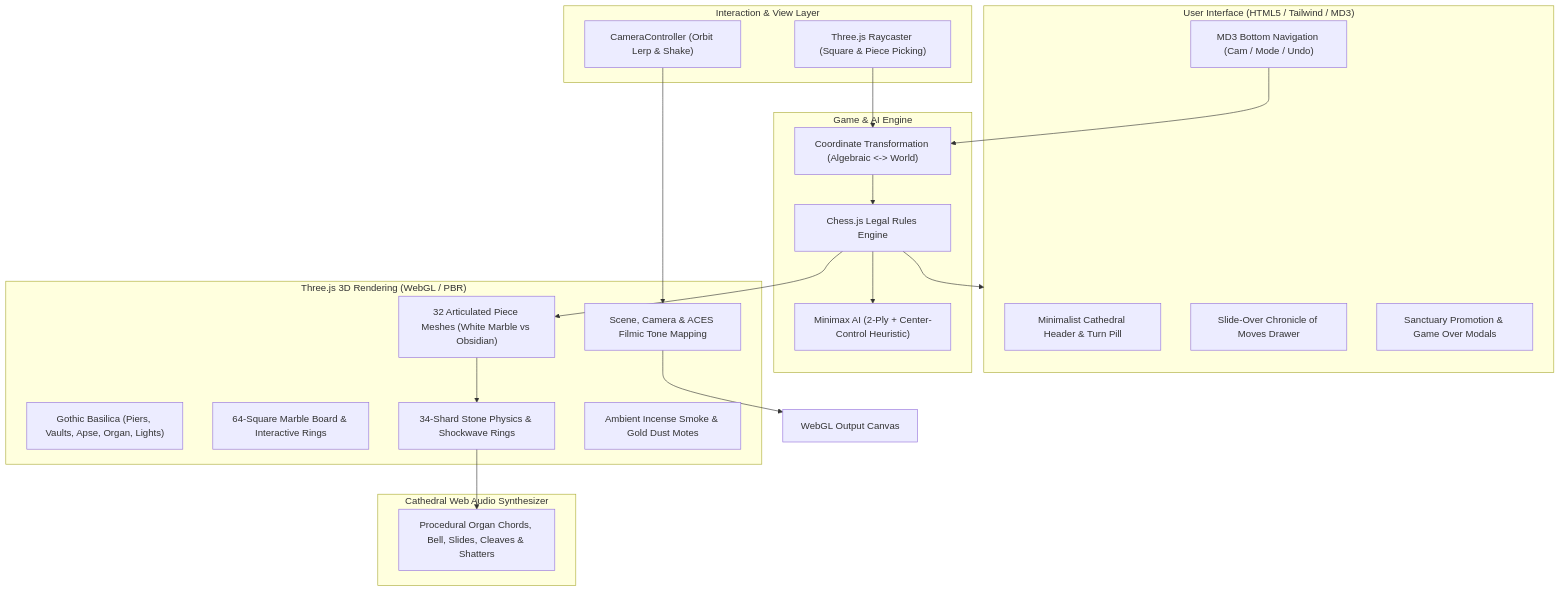
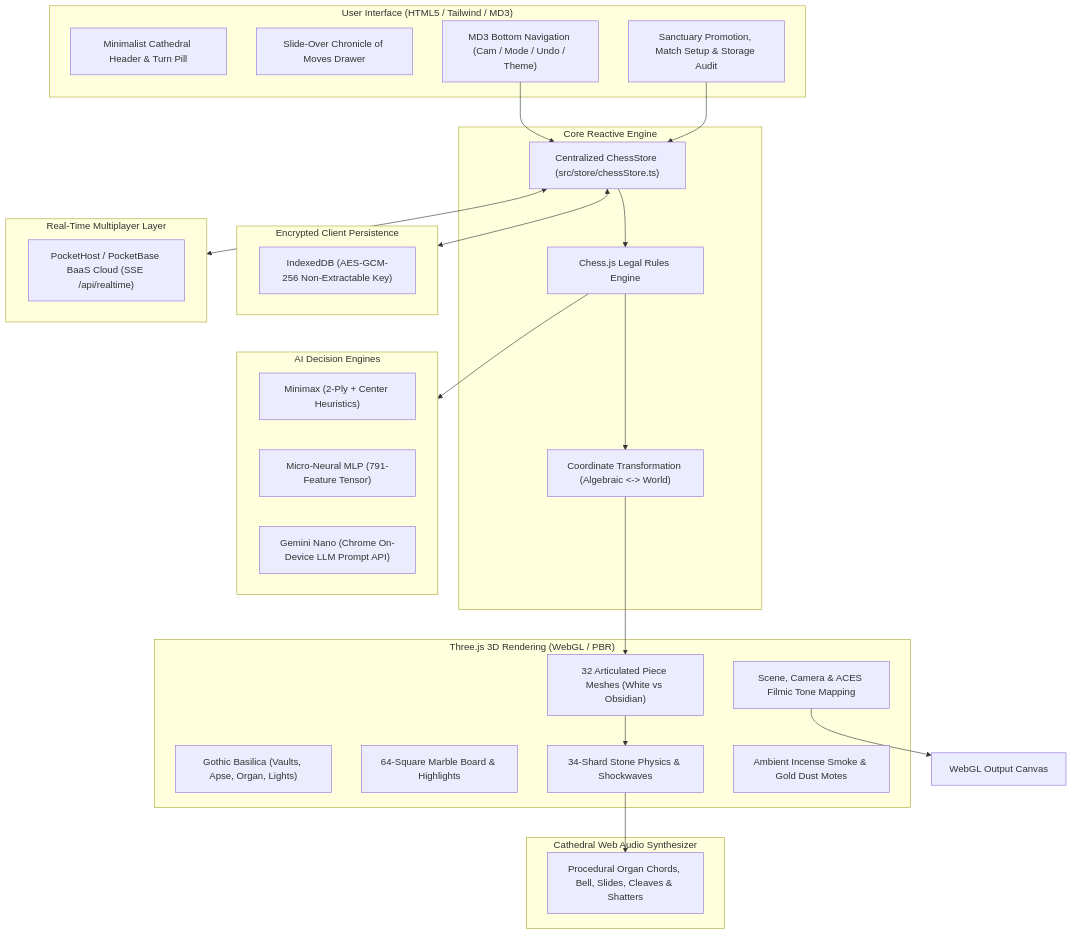
Before and after one commit to brentmzey/web-chess: the diagram in README.md, drawn with Mermaid. The commit also changed other lines of this file and 6 other files, not shown here.

````diff
--- a/README.md
+++ b/README.md
@@ -17,44 +32,54 @@
 ```mermaid
 flowchart TD
     subgraph UI ["User Interface (HTML5 / Tailwind / MD3)"]
         HUD["Minimalist Cathedral Header & Turn Pill"]
         Chronicle["Slide-Over Chronicle of Moves Drawer"]
-        Modals["Sanctuary Promotion & Game Over Modals"]
-        Controls["MD3 Bottom Navigation (Cam / Mode / Undo)"]
+        Modals["Sanctuary Promotion, Match Setup & Storage Audit"]
+        Controls["MD3 Bottom Navigation (Cam / Mode / Undo / Theme)"]
     end
 
-    subgraph Interaction ["Interaction & View Layer"]
-        Raycaster["Three.js Raycaster (Square & Piece Picking)"]
-        CamCtrl["CameraController (Orbit Lerp & Shake)"]
+    subgraph Core ["Core Reactive Engine"]
+        Store["Centralized ChessStore (src/store/chessStore.ts)"]
+        Rules["Chess.js Legal Rules Engine"]
+        Coords["Coordinate Transformation (Algebraic <-> World)"]
     end
 
-    subgraph Core ["Game & AI Engine"]
-        Rules["Chess.js Legal Rules Engine"]
-        AI["Minimax AI (2-Ply + Center-Control Heuristic)"]
-        Coords["Coordinate Transformation (Algebraic <-> World)"]
+    subgraph AI ["AI Decision Engines"]
+        Minimax["Minimax (2-Ply + Center Heuristics)"]
+        Neural["Micro-Neural MLP (791-Feature Tensor)"]
+        Nano["Gemini Nano (Chrome On-Device LLM Prompt API)"]
     end
 
     subgraph Graphics ["Three.js 3D Rendering (WebGL / PBR)"]
         SceneMgr["Scene, Camera & ACES Filmic Tone Mapping"]
-        Cathedral["Gothic Basilica (Piers, Vaults, Apse, Organ, Lights)"]
-        Board["64-Square Marble Board & Interactive Rings"]
-        Pieces["32 Articulated Piece Meshes (White Marble vs Obsidian)"]
-        Shatter["34-Shard Stone Physics & Shockwave Rings"]
+        Cathedral["Gothic Basilica (Vaults, Apse, Organ, Lights)"]
+        Board["64-Square Marble Board & Highlights"]
+        Pieces["32 Articulated Piece Meshes (White vs Obsidian)"]
+        Shatter["34-Shard Stone Physics & Shockwaves"]
         Dust["Ambient Incense Smoke & Gold Dust Motes"]
     end
 
     subgraph Audio ["Cathedral Web Audio Synthesizer"]
         SoundFX["Procedural Organ Chords, Bell, Slides, Cleaves & Shatters"]
     end
 
-    Controls --> Coords
-    Raycaster --> Coords
-    Coords --> Rules
+    subgraph Storage ["Encrypted Client Persistence"]
+        IDB["IndexedDB (AES-GCM-256 Non-Extractable Key)"]
+    end
+
+    subgraph Realtime ["Real-Time Multiplayer Layer"]
+        PocketHost["PocketHost / PocketBase BaaS Cloud (SSE /api/realtime)"]
+    end
+
+    Controls --> Store
+    Modals --> Store
+    Store --> Rules
     Rules --> AI
-    Rules --> UI
-    Rules --> Pieces
+    Rules --> Coords
+    Coords --> Pieces
     Pieces --> Shatter
     Shatter --> SoundFX
-    CamCtrl --> SceneMgr
+    Store <--> Storage
+    Store <--> Realtime
     SceneMgr --> Renderer["WebGL Output Canvas"]
 ```
````
